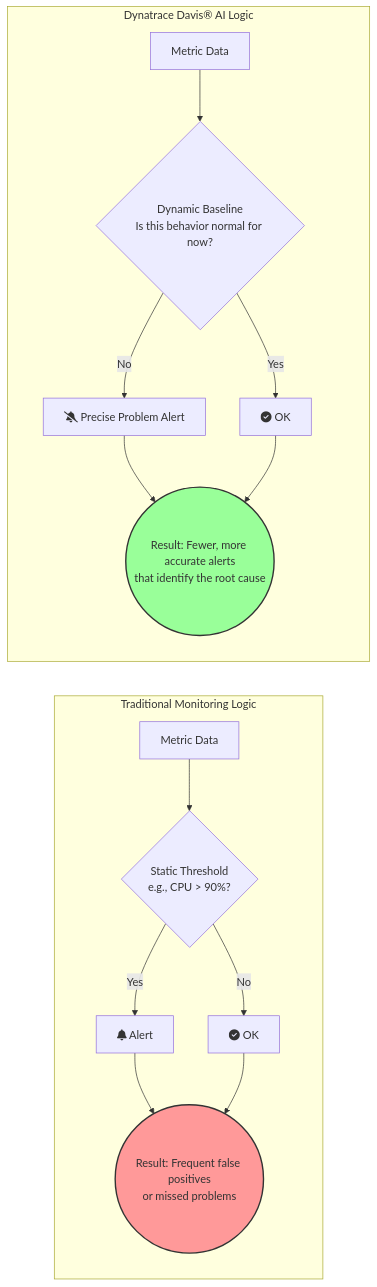
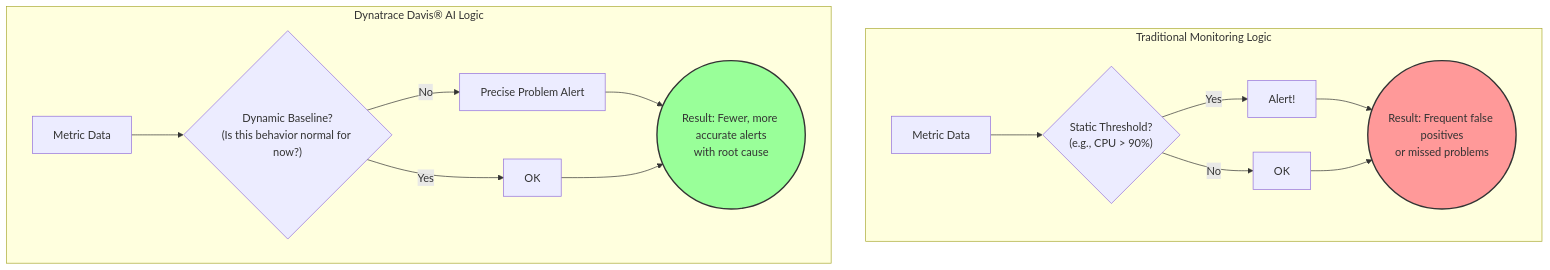
The diagram in Phase 3_ Data & AI/2_Davis_AI_Engine.md (Kamal-nayan123/Dynatrace-course), drawn with Mermaid before and after one commit. The commit also changed 10 other files, not shown here.

````diff
--- a/Phase 3_ Data & AI/2_Davis_AI_Engine.md
+++ b/Phase 3_ Data & AI/2_Davis_AI_Engine.md
@@ -14,25 +14,21 @@
 ```mermaid
-graph LR
+graph TD
     subgraph "Traditional Monitoring Logic"
-        direction TB
-        TM_Metric[Metric Data] --> TM_Rule{"Static Threshold<br>e.g., CPU > 90%?"}
-        TM_Rule -- "Yes" --> TM_Alert[fa:fa-bell Alert]
-        TM_Rule -- "No" --> TM_Ok[fa:fa-check-circle OK]
-        TM_Result((Result: Frequent false positives<br>or missed problems))
-        TM_Alert --> TM_Result
+        TM_Metric[Metric Data] --> TM_Rule{"Static Threshold?<br>(e.g., CPU > 90%)"}
+        TM_Rule -- "Yes" --> TM_Alert["Alert!"]
+        TM_Rule -- "No" --> TM_Ok["OK"]
+        TM_Alert --> TM_Result((Result: Frequent false positives<br>or missed problems))
         TM_Ok --> TM_Result
     end
 
     subgraph "Dynatrace Davis® AI Logic"
-        direction TB
-        DM_Metric[Metric Data] --> DM_Rule{"Dynamic Baseline<br>Is this behavior normal for now?"}
-        DM_Rule -- "No" --> DM_Alert[fa:fa-bell-slash Precise Problem Alert]
-        DM_Rule -- "Yes" --> DM_Ok[fa:fa-check-circle OK]
-        DM_Result((Result: Fewer, more accurate alerts<br>that identify the root cause))
-        DM_Alert --> DM_Result
+        DM_Metric[Metric Data] --> DM_Rule{"Dynamic Baseline?<br>(Is this behavior normal for now?)"}
+        DM_Rule -- "No" --> DM_Alert["Precise Problem Alert"]
+        DM_Rule -- "Yes" --> DM_Ok["OK"]
+        DM_Alert --> DM_Result((Result: Fewer, more accurate alerts<br>with root cause))
         DM_Ok --> DM_Result
     end
 
     style TM_Result fill:#f99,stroke:#333,stroke-width:2px
     style DM_Result fill:#9f9,stroke:#333,stroke-width:2px
 ```
````
